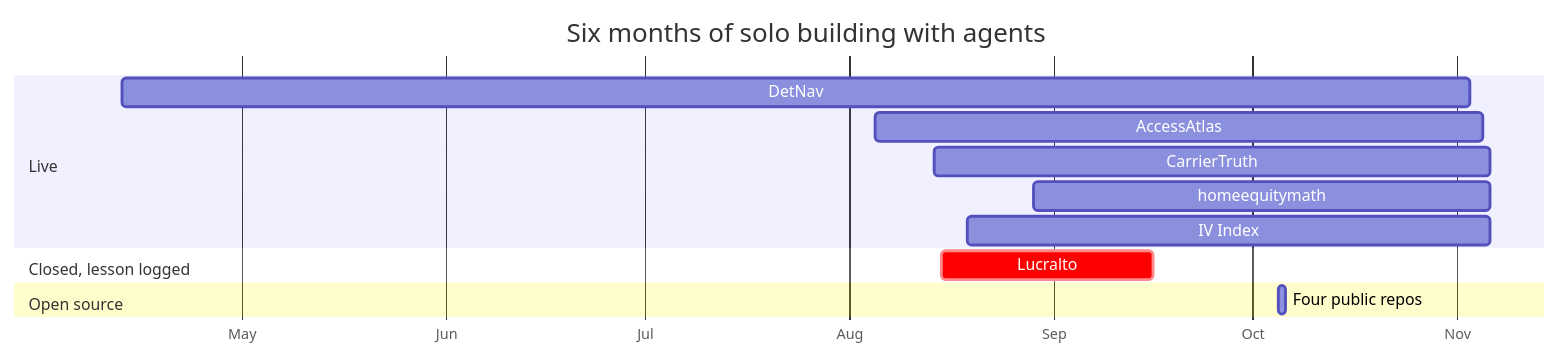
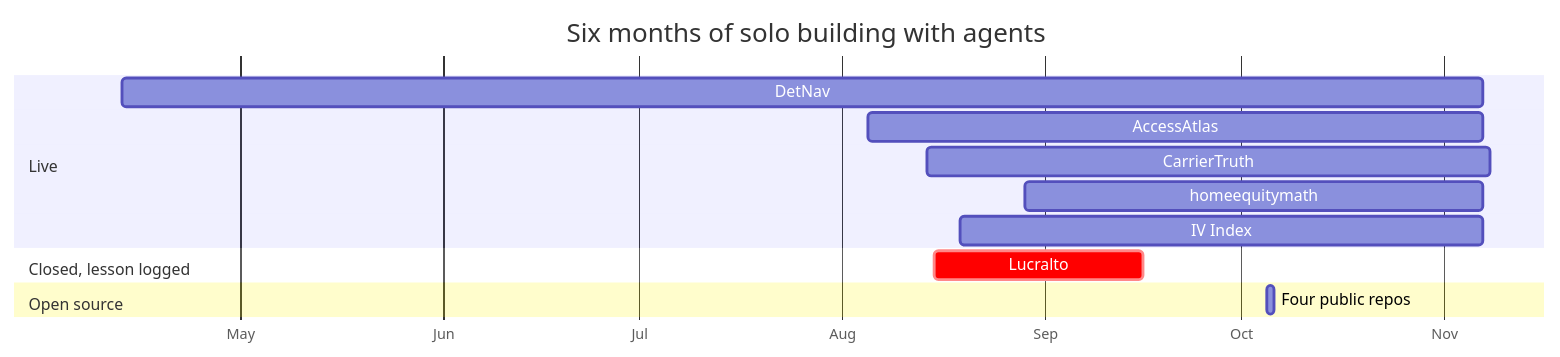
Before and after one commit to kabluk/kabluk: the second of 2 diagrams in README.md, drawn with Mermaid. The commit also changed other lines of this file and 2 other files, not shown here.

Commit message:
Weekly profile refresh 2026-11-09: CarrierTruth 669K change events, timeline to date
Claude-Session: https://claude.ai/code/session_01X6sACesWwRAYsjv873DV4F

````diff
--- a/README.md
+++ b/README.md
@@ -47,16 +47,16 @@
 ```mermaid
 gantt
   title Six months of solo building with agents
   dateFormat YYYY-MM-DD
   axisFormat %b
   section Live
-  DetNav            :2026-04-13, 2026-11-03
-  AccessAtlas       :2026-08-05, 2026-11-05
-  CarrierTruth      :2026-08-14, 2026-11-06
-  homeequitymath    :2026-08-29, 2026-11-06
-  IV Index          :2026-08-19, 2026-11-06
+  DetNav            :2026-04-13, 2026-11-07
+  AccessAtlas       :2026-08-05, 2026-11-07
+  CarrierTruth      :2026-08-14, 2026-11-08
+  homeequitymath    :2026-08-29, 2026-11-07
+  IV Index          :2026-08-19, 2026-11-07
   section Closed, lesson logged
   Lucralto          :crit, 2026-08-15, 2026-09-16
   section Open source
   Four public repos :2026-10-05, 2026-10-06
 ```
````
